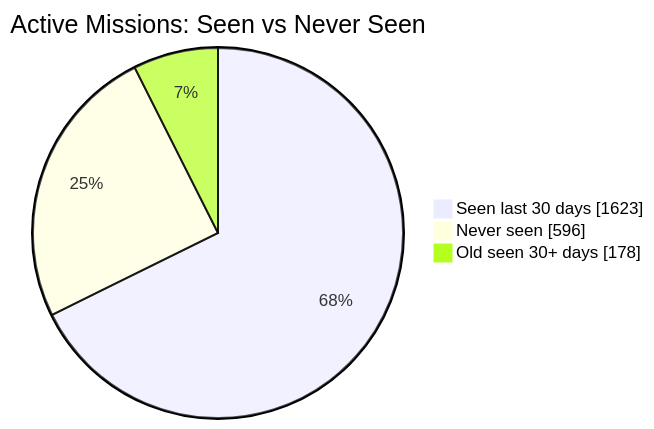
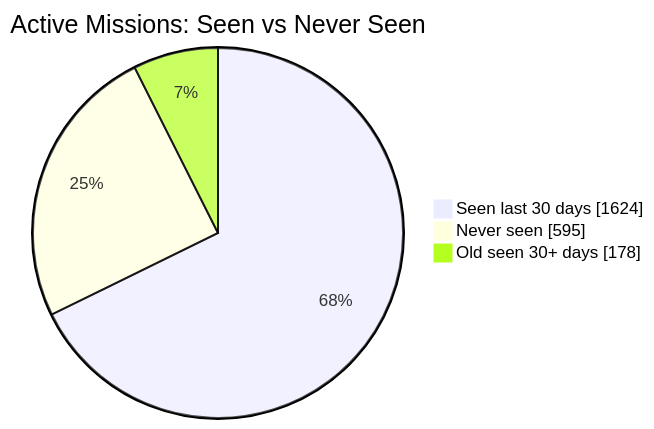
Before and after one commit to MeldkamerspelGameTeam/active-missions: the first of 2 diagrams in README.md, drawn with Mermaid. The commit also changed other lines of this file and 2 other files, not shown here.

````diff
--- a/README.md
+++ b/README.md
@@ -34,7 +34,7 @@
 ```mermaid
 pie showData
     title Active Missions: Seen vs Never Seen
-    "Seen last 30 days" : 1623
-    "Never seen" : 596
+    "Seen last 30 days" : 1624
+    "Never seen" : 595
     "Old seen 30+ days" : 178
 ```
````
